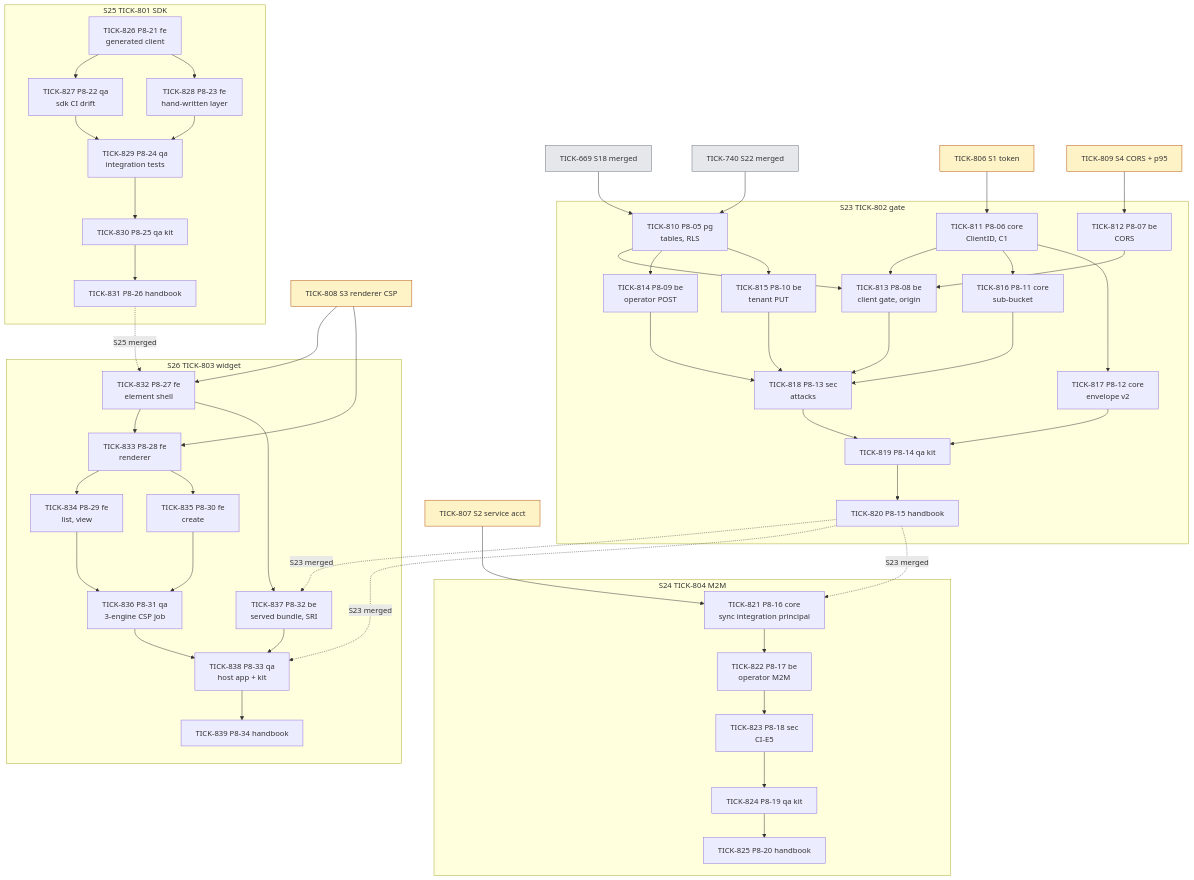
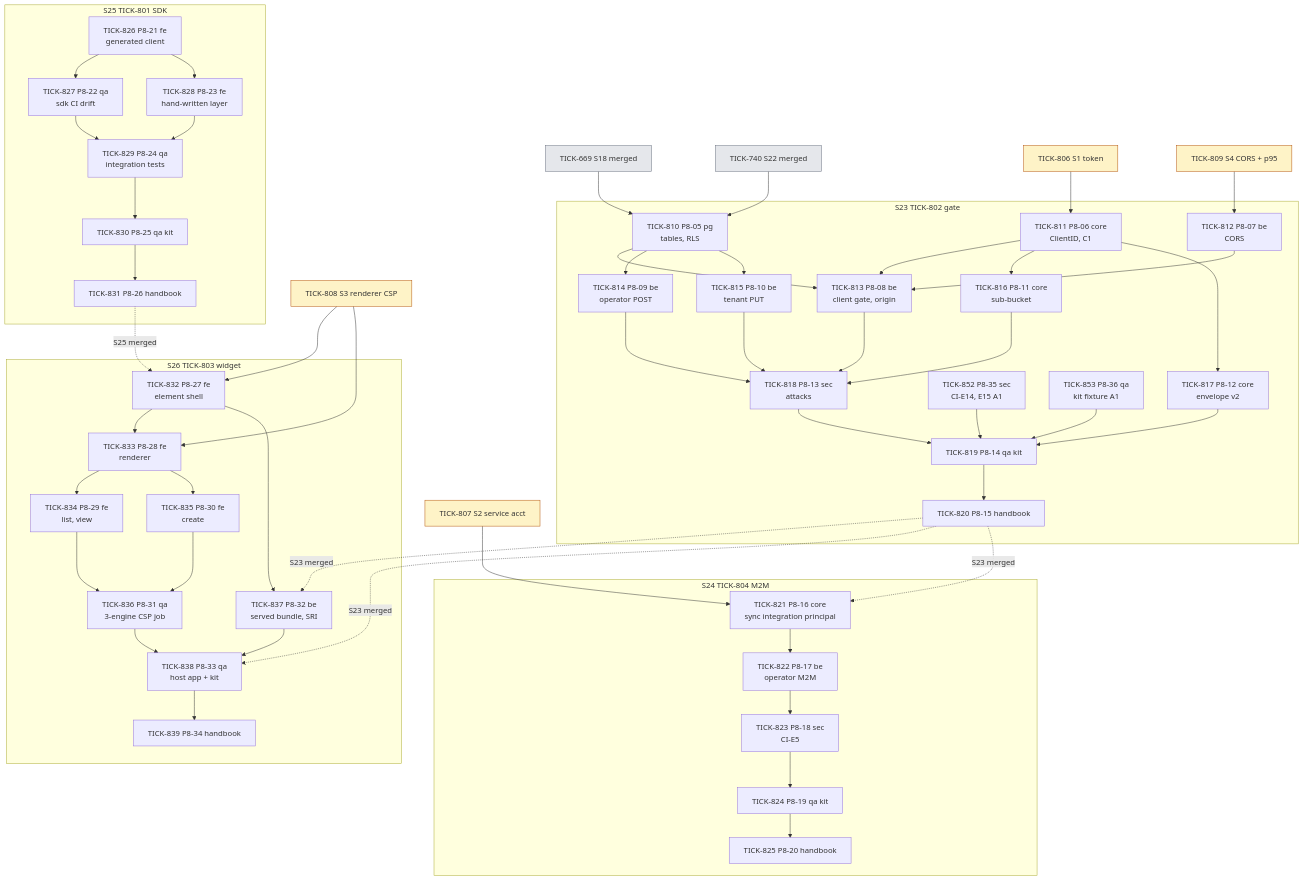
Before and after one commit to Navaladi2019/TicketingSystem: the first of 2 diagrams in docs/delivery/plan-adr-007.md, drawn with Mermaid. The commit also changed other lines of this file and 1 other file, not shown here.

Commit message:
TICK-851: PLAN-008 absorbs ADR-007-A1 (pair in GET/PUT, CI-E14..E16, kit fixture) and the plan CHANGES edits

````diff
--- a/docs/delivery/plan-adr-007.md
+++ b/docs/delivery/plan-adr-007.md
@@ -64,75 +90,77 @@
 ```mermaid
 flowchart TD
     S18[TICK-669 S18 merged]:::ext
     S22[TICK-740 S22 merged]:::ext
     SP1[TICK-806 S1 token]:::spike
     SP2[TICK-807 S2 service acct]:::spike
     SP3[TICK-808 S3 renderer CSP]:::spike
     SP4[TICK-809 S4 CORS + p95]:::spike
 
     subgraph S25 [S25 TICK-801 SDK]
       T826[TICK-826 P8-21 fe<br/>generated client]
       T827[TICK-827 P8-22 qa<br/>sdk CI drift]
       T828[TICK-828 P8-23 fe<br/>hand-written layer]
       T829[TICK-829 P8-24 qa<br/>integration tests]
       T830[TICK-830 P8-25 qa kit]
       T831[TICK-831 P8-26 handbook]
       T826 --> T827 & T828
       T827 & T828 --> T829 --> T830 --> T831
     end
 
     subgraph S23 [S23 TICK-802 gate]
       T810[TICK-810 P8-05 pg<br/>tables, RLS]
       T811[TICK-811 P8-06 core<br/>ClientID, C1]
       T812[TICK-812 P8-07 be<br/>CORS]
       T813[TICK-813 P8-08 be<br/>client gate, origin]
       T814[TICK-814 P8-09 be<br/>operator POST]
       T815[TICK-815 P8-10 be<br/>tenant PUT]
       T816[TICK-816 P8-11 core<br/>sub-bucket]
       T817[TICK-817 P8-12 core<br/>envelope v2]
+      T852[TICK-852 P8-35 sec<br/>CI-E14, E15 A1]
+      T853[TICK-853 P8-36 qa<br/>kit fixture A1]
       T818[TICK-818 P8-13 sec<br/>attacks]
       T819[TICK-819 P8-14 qa kit]
       T820[TICK-820 P8-15 handbook]
       T810 --> T813 & T814 & T815
       T811 --> T813 & T816 & T817
       T812 --> T813
       T813 & T814 & T815 & T816 --> T818
-      T817 & T818 --> T819 --> T820
+      T817 & T818 & T852 & T853 --> T819 --> T820
     end
 
     subgraph S26 [S26 TICK-803 widget]
       T832[TICK-832 P8-27 fe<br/>element shell]
       T833[TICK-833 P8-28 fe<br/>renderer]
       T834[TICK-834 P8-29 fe<br/>list, view]
       T835[TICK-835 P8-30 fe<br/>create]
       T836[TICK-836 P8-31 qa<br/>3-engine CSP job]
       T837[TICK-837 P8-32 be<br/>served bundle, SRI]
       T838[TICK-838 P8-33 qa<br/>host app + kit]
       T839[TICK-839 P8-34 handbook]
       T832 --> T833 --> T834 & T835
       T834 & T835 --> T836
       T832 --> T837
       T836 & T837 --> T838 --> T839
     end
 
     subgraph S24 [S24 TICK-804 M2M]
       T821[TICK-821 P8-16 core<br/>sync integration principal]
       T822[TICK-822 P8-17 be<br/>operator M2M]
       T823[TICK-823 P8-18 sec<br/>CI-E5]
       T824[TICK-824 P8-19 qa kit]
       T825[TICK-825 P8-20 handbook]
       T821 --> T822 --> T823 --> T824 --> T825
     end
 
     S18 & S22 --> T810
     SP1 --> T811
     SP4 --> T812
     SP3 --> T832 & T833
     SP2 --> T821
     T831 -. S25 merged .-> T832
     T820 -. S23 merged .-> T837 & T838
     T820 -. S23 merged .-> T821
 
     classDef ext fill:#e5e7eb,stroke:#6b7280
     classDef spike fill:#fef3c7,stroke:#b45309
 ```
````
